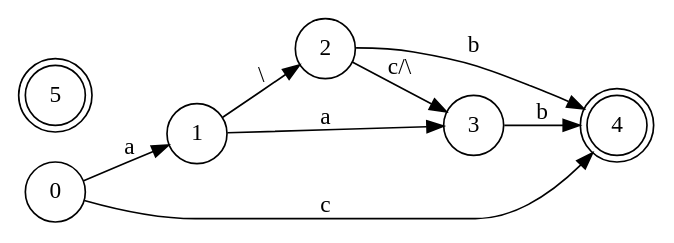
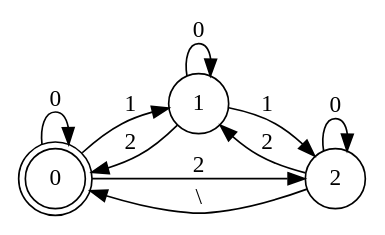
Before and after one commit to kshmir/tla-2012: the diagram in files/af2.dot, drawn with Graphviz. The commit also changed 19 other files, not shown here.

```diff
--- a/files/af2.dot
+++ b/files/af2.dot
@@ -1,20 +1,18 @@
 digraph{
 rankdir = "LR";
 //Nodos
-node[shape=circle] Node0 [label="0"];
+node[shape=doublecircle] Node0 [label="0"];
 node[shape=circle] Node1 [label="1"];
 node[shape=circle] Node2 [label="2"];
-node[shape=circle] Node3 [label="3"];
-
-node[shape=doublecircle] Node4 [label="4"];
-node[shape=doublecircle] Node5 [label="5"];
 
 //Transiciones - Es valido tener lambda como etiqueta.
-Node0->Node4 [label="c"];
-Node0->Node1 [label="a"];
-Node1->Node2 [label="\\"];
-Node1->Node3 [label="a"];
-Node2->Node4 [label="b"];
-Node2->Node3 [label="c/\\"];
-Node3->Node4 [label="b"];
+Node0->Node0 [label="0"];
+Node0->Node1 [label="1"];
+Node0->Node2 [label="2"];
+Node1->Node0 [label="2"];
+Node1->Node1 [label="0"];
+Node1->Node2 [label="1"];
+Node2->Node0 [label="\\"];
+Node2->Node1 [label="2"];
+Node2->Node2 [label="0"];
 }
```
